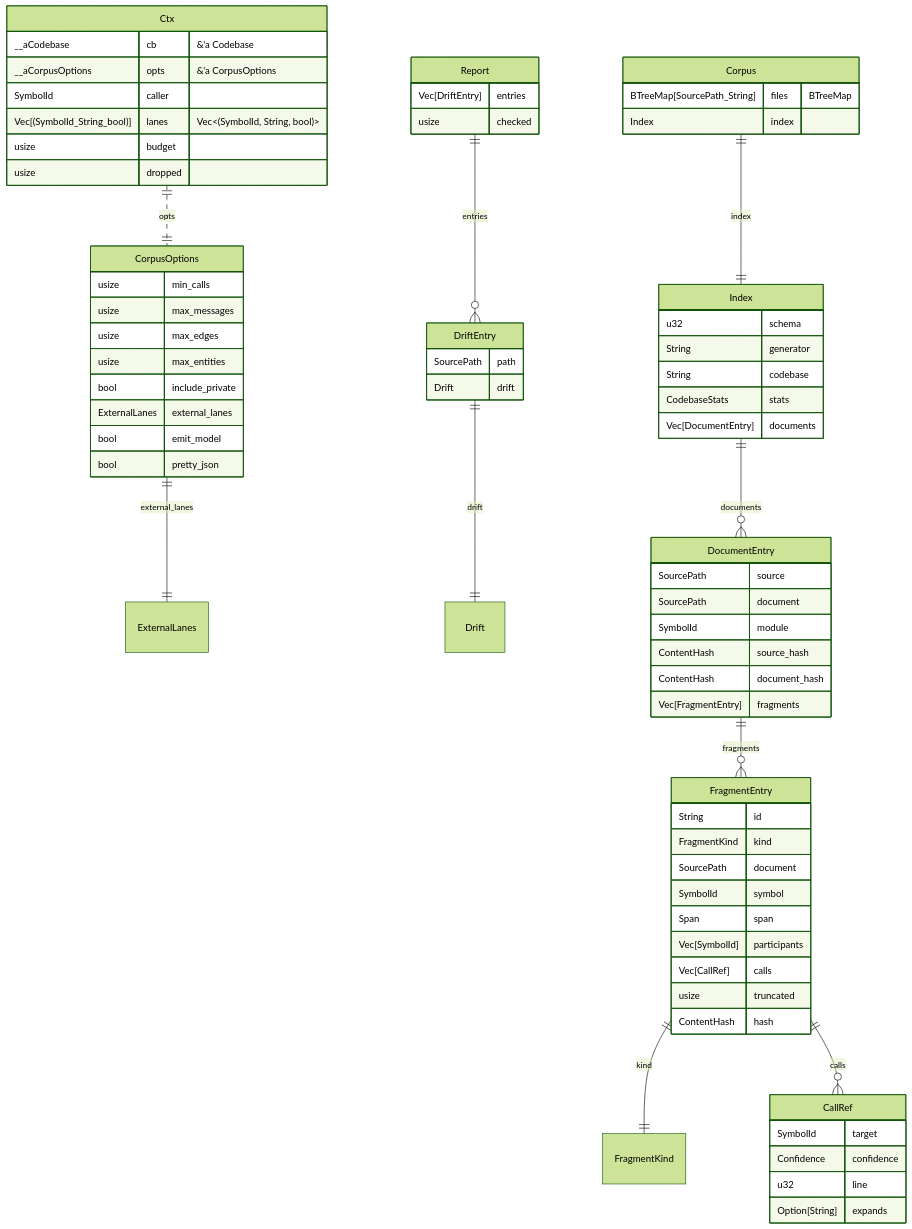
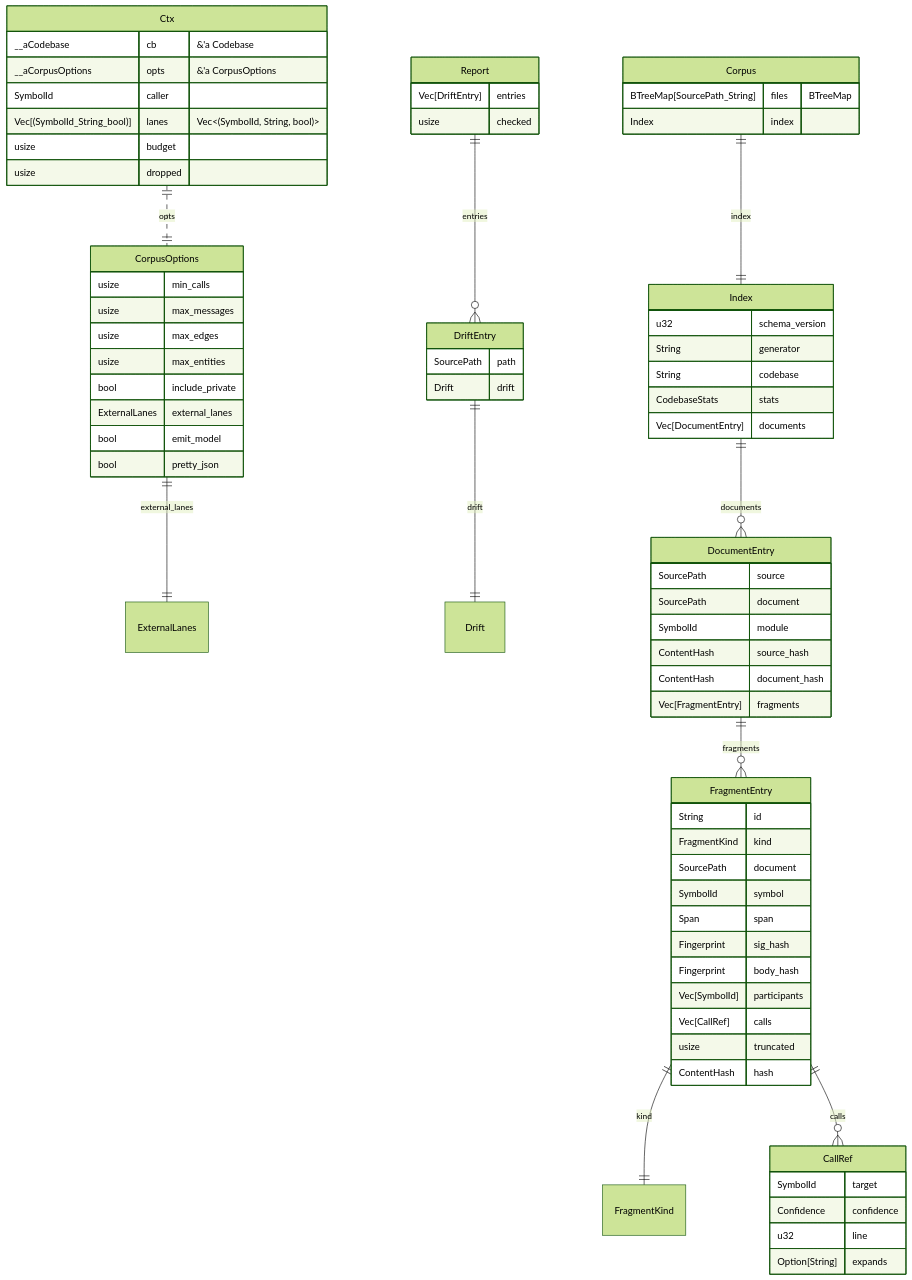
One commit to DreamLab-AI/codemaid changed the seventh of 12 diagrams in docs/sealmap/_overview.md. Above: the diagram before and after it, drawn with Mermaid (forest theme). The commit also changed other lines of this file and 45 other files, not shown here.

First line of the commit message:
docs: regenerate the self-corpus for sym: ids and schema v2

````diff
--- a/docs/sealmap/_overview.md
+++ b/docs/sealmap/_overview.md
@@ -190,77 +208,79 @@
 ```mermaid
 erDiagram
-  sealmap_corpus__Corpus["Corpus"] {
+  sealmap_corpus___tCorpus["Corpus"] {
     BTreeMap[SourcePath_String] files "BTreeMap<SourcePath, String>"
     Index index
   }
-  sealmap_corpus__CorpusOptions["CorpusOptions"] {
+  sealmap_corpus___tCorpusOptions["CorpusOptions"] {
     usize min_calls
     usize max_messages
     usize max_edges
     usize max_entities
     bool include_private
     ExternalLanes external_lanes
     bool emit_model
     bool pretty_json
   }
-  sealmap_corpus__ExternalLanes["ExternalLanes"]
-  sealmap_corpus__contract__Drift["Drift"]
-  sealmap_corpus__contract__DriftEntry["DriftEntry"] {
+  sealmap_corpus___tExternalLanes["ExternalLanes"]
+  sealmap_corpus__contract___tDrift["Drift"]
+  sealmap_corpus__contract___tDriftEntry["DriftEntry"] {
     SourcePath path
     Drift drift
   }
-  sealmap_corpus__contract__Report["Report"] {
+  sealmap_corpus__contract___tReport["Report"] {
     Vec[DriftEntry] entries
     usize checked
   }
-  sealmap_corpus__index__CallRef["CallRef"] {
+  sealmap_corpus__index___tCallRef["CallRef"] {
     SymbolId target
     Confidence confidence
     u32 line
     Option[String] expands
   }
-  sealmap_corpus__index__DocumentEntry["DocumentEntry"] {
+  sealmap_corpus__index___tDocumentEntry["DocumentEntry"] {
     SourcePath source
     SourcePath document
     SymbolId module
     ContentHash source_hash
     ContentHash document_hash
     Vec[FragmentEntry] fragments
   }
-  sealmap_corpus__index__FragmentEntry["FragmentEntry"] {
+  sealmap_corpus__index___tFragmentEntry["FragmentEntry"] {
     String id
     FragmentKind kind
     SourcePath document
     SymbolId symbol
     Span span
+    Fingerprint sig_hash
+    Fingerprint body_hash
     Vec[SymbolId] participants
     Vec[CallRef] calls
     usize truncated
     ContentHash hash
   }
-  sealmap_corpus__index__FragmentKind["FragmentKind"]
-  sealmap_corpus__index__Index["Index"] {
-    u32 schema
+  sealmap_corpus__index___tFragmentKind["FragmentKind"]
+  sealmap_corpus__index___tIndex["Index"] {
+    u32 schema_version
     String generator
     String codebase
     CodebaseStats stats
     Vec[DocumentEntry] documents
   }
-  sealmap_corpus__sequence__Ctx["Ctx"] {
+  sealmap_corpus__sequence___tCtx["Ctx"] {
     __aCodebase cb "&'a Codebase"
     __aCorpusOptions opts "&'a CorpusOptions"
     SymbolId caller
     Vec[(SymbolId_String_bool)] lanes "Vec<(SymbolId, String, bool)>"
     usize budget
     usize dropped
   }
-  sealmap_corpus__Corpus ||--|| sealmap_corpus__index__Index : "index"
-  sealmap_corpus__CorpusOptions ||--|| sealmap_corpus__ExternalLanes : "external_lanes"
-  sealmap_corpus__contract__DriftEntry ||--|| sealmap_corpus__contract__Drift : "drift"
-  sealmap_corpus__contract__Report ||--o{ sealmap_corpus__contract__DriftEntry : "entries"
-  sealmap_corpus__index__DocumentEntry ||--o{ sealmap_corpus__index__FragmentEntry : "fragments"
-  sealmap_corpus__index__FragmentEntry ||--|| sealmap_corpus__index__FragmentKind : "kind"
-  sealmap_corpus__index__FragmentEntry ||--o{ sealmap_corpus__index__CallRef : "calls"
-  sealmap_corpus__index__Index ||--o{ sealmap_corpus__index__DocumentEntry : "documents"
-  sealmap_corpus__sequence__Ctx ||..|| sealmap_corpus__CorpusOptions : "opts"
+  sealmap_corpus___tCorpus ||--|| sealmap_corpus__index___tIndex : "index"
+  sealmap_corpus___tCorpusOptions ||--|| sealmap_corpus___tExternalLanes : "external_lanes"
+  sealmap_corpus__contract___tDriftEntry ||--|| sealmap_corpus__contract___tDrift : "drift"
+  sealmap_corpus__contract___tReport ||--o{ sealmap_corpus__contract___tDriftEntry : "entries"
+  sealmap_corpus__index___tDocumentEntry ||--o{ sealmap_corpus__index___tFragmentEntry : "fragments"
+  sealmap_corpus__index___tFragmentEntry ||--|| sealmap_corpus__index___tFragmentKind : "kind"
+  sealmap_corpus__index___tFragmentEntry ||--o{ sealmap_corpus__index___tCallRef : "calls"
+  sealmap_corpus__index___tIndex ||--o{ sealmap_corpus__index___tDocumentEntry : "documents"
+  sealmap_corpus__sequence___tCtx ||..|| sealmap_corpus___tCorpusOptions : "opts"
 ```
````
